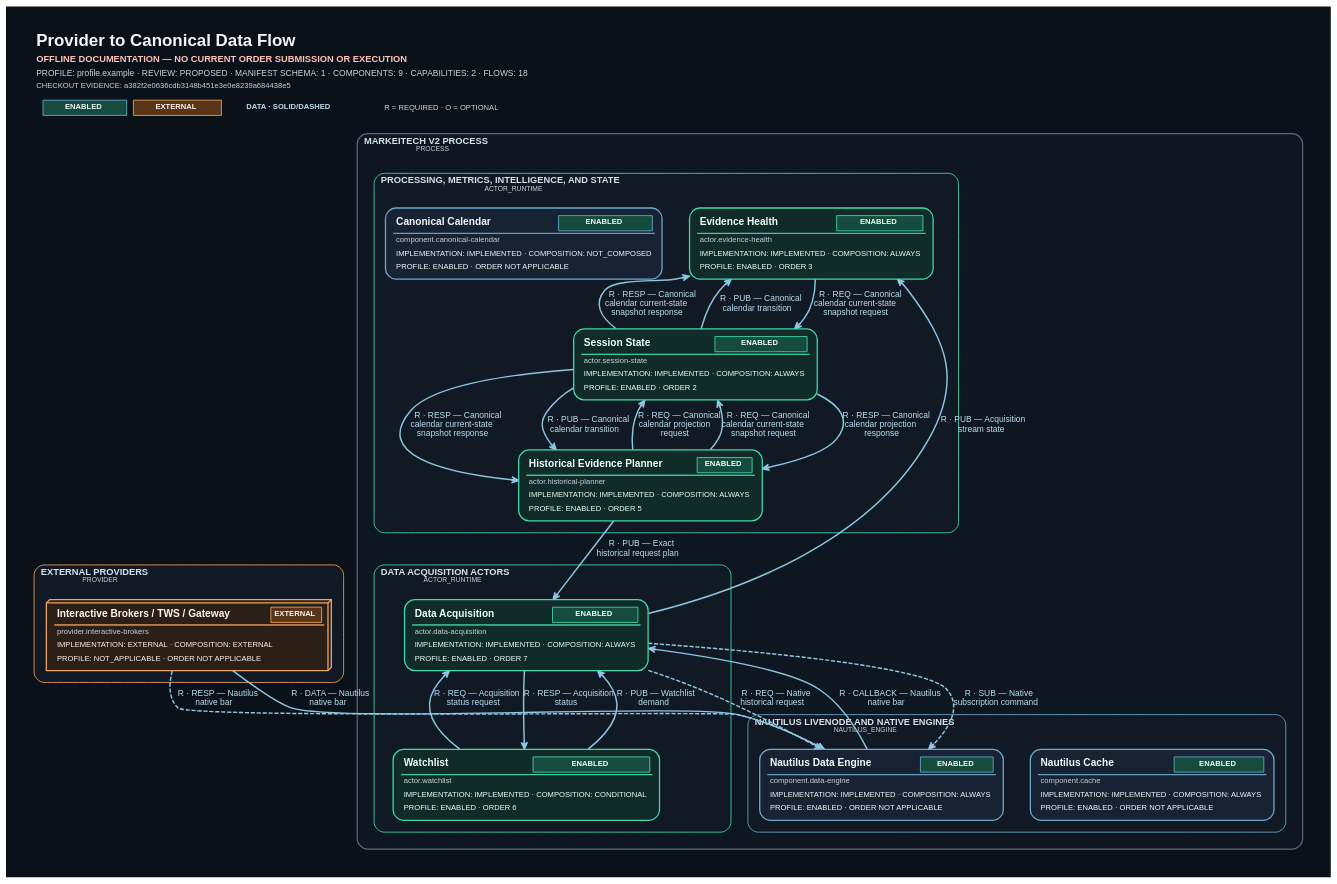
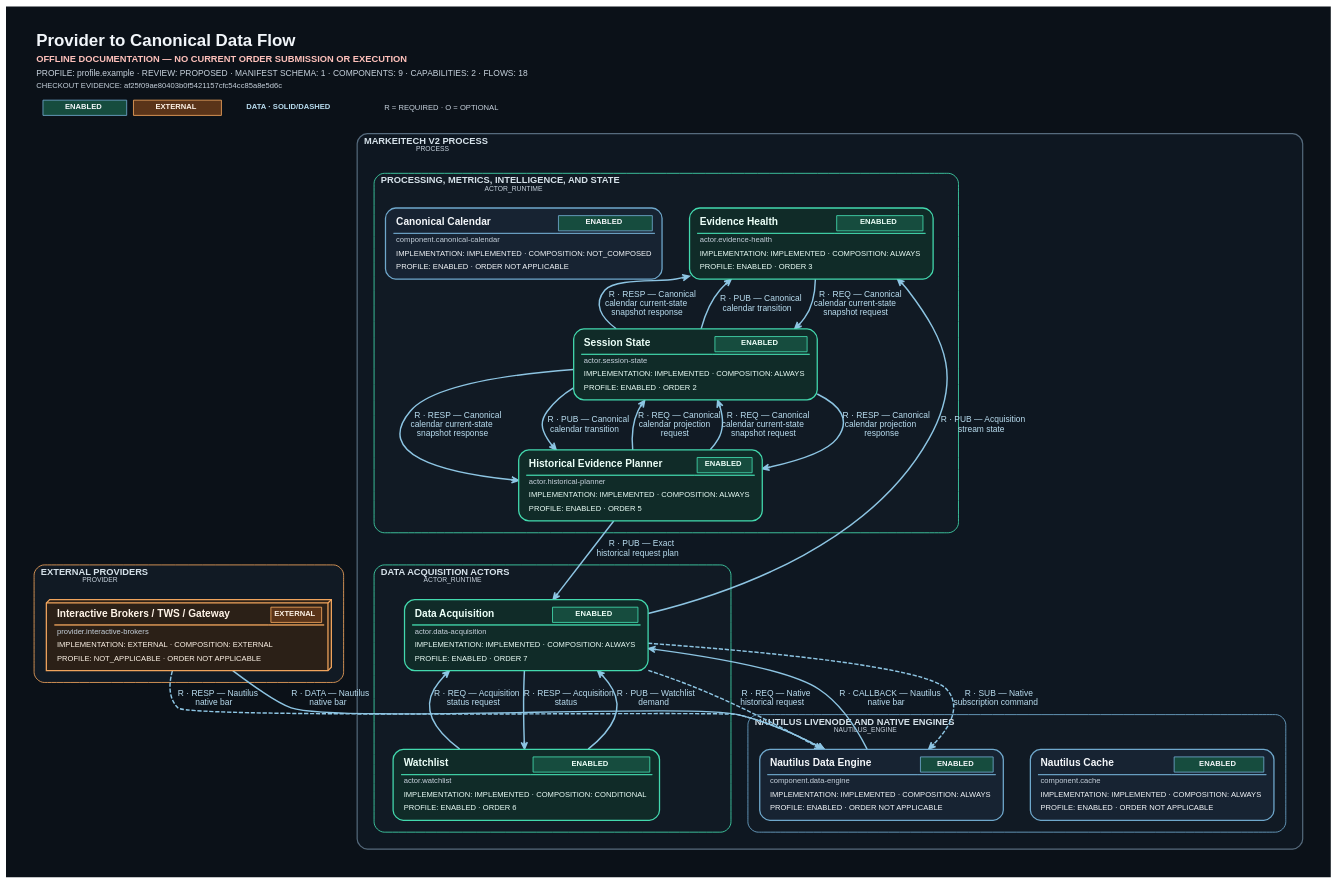
One commit to ShriekinNinja/Markeitech_V2 changed the diagram in tools/system-diagram/docs/generated/provider-canonical-data.dot. Above: the diagram before and after it, drawn with Graphviz. The commit also changed 30 other files, not shown here.

Commit message:
Refresh schema migration guidance and generated runtime documentation

```diff
--- a/tools/system-diagram/docs/generated/provider-canonical-data.dot
+++ b/tools/system-diagram/docs/generated/provider-canonical-data.dot
@@ -1,5 +1,5 @@
 digraph "Provider to Canonical Data Flow" {
-	graph [bgcolor="#0B1118" fontcolor="#F2F6FA" fontname=Helvetica fontsize=18 forcelabels=true label=<<TABLE BORDER="0" CELLBORDER="0" CELLSPACING="0" CELLPADDING="2"><TR><TD ALIGN="LEFT"><FONT COLOR="#F2F6FA" POINT-SIZE="20"><B>Provider to Canonical Data Flow</B></FONT></TD></TR><TR><TD ALIGN="LEFT"><FONT COLOR="#FFC1BB" POINT-SIZE="11"><B>OFFLINE DOCUMENTATION &#8212; NO CURRENT ORDER SUBMISSION OR EXECUTION</B></FONT></TD></TR><TR><TD ALIGN="LEFT"><FONT COLOR="#C7D2DD" POINT-SIZE="10">PROFILE: profile.example &#183; REVIEW: PROPOSED &#183; MANIFEST SCHEMA: 1 &#183; COMPONENTS: 9 &#183; CAPABILITIES: 2 &#183; FLOWS: 18</FONT></TD></TR><TR><TD ALIGN="LEFT"><FONT COLOR="#C7D2DD" POINT-SIZE="9">CHECKOUT EVIDENCE: a382f2e0636cdb3148b451e3e0e8239a684438e5</FONT></TD></TR><TR><TD ALIGN="LEFT"><TABLE BORDER="0" CELLBORDER="0" CELLSPACING="8" CELLPADDING="0"><TR><TD><TABLE BORDER="1" CELLBORDER="0" CELLSPACING="0" CELLPADDING="3" COLOR="#6FA8CC" BGCOLOR="#164C3E"><TR><TD><FONT COLOR="#F4F7FA" POINT-SIZE="9"><B>ENABLED</B></FONT></TD></TR></TABLE></TD><TD><TABLE BORDER="1" CELLBORDER="0" CELLSPACING="0" CELLPADDING="3" COLOR="#F0A45D" BGCOLOR="#5A3419"><TR><TD><FONT COLOR="#FFF4E8" POINT-SIZE="9"><B>EXTERNAL</B></FONT></TD></TR></TABLE></TD><TD><FONT COLOR="#B9DDF0" POINT-SIZE="9"><B>DATA · SOLID/DASHED</B></FONT></TD><TD><FONT COLOR="#C7D2DD" POINT-SIZE="9">R = REQUIRED &#183; O = OPTIONAL</FONT></TD></TR></TABLE></TD></TR></TABLE>> labeljust=l labelloc=t margin=0.15 nodesep=0.45 outputorder=edgesfirst overlap=false pack=true packmode="graph" pad=0.35 rankdir=TB ranksep=0.35 splines=spline]
+	graph [bgcolor="#0B1118" fontcolor="#F2F6FA" fontname=Helvetica fontsize=18 forcelabels=true label=<<TABLE BORDER="0" CELLBORDER="0" CELLSPACING="0" CELLPADDING="2"><TR><TD ALIGN="LEFT"><FONT COLOR="#F2F6FA" POINT-SIZE="20"><B>Provider to Canonical Data Flow</B></FONT></TD></TR><TR><TD ALIGN="LEFT"><FONT COLOR="#FFC1BB" POINT-SIZE="11"><B>OFFLINE DOCUMENTATION &#8212; NO CURRENT ORDER SUBMISSION OR EXECUTION</B></FONT></TD></TR><TR><TD ALIGN="LEFT"><FONT COLOR="#C7D2DD" POINT-SIZE="10">PROFILE: profile.example &#183; REVIEW: PROPOSED &#183; MANIFEST SCHEMA: 1 &#183; COMPONENTS: 9 &#183; CAPABILITIES: 2 &#183; FLOWS: 18</FONT></TD></TR><TR><TD ALIGN="LEFT"><FONT COLOR="#C7D2DD" POINT-SIZE="9">CHECKOUT EVIDENCE: af25f09ae80403b0f5421157cfc54cc85a8e5d6c</FONT></TD></TR><TR><TD ALIGN="LEFT"><TABLE BORDER="0" CELLBORDER="0" CELLSPACING="8" CELLPADDING="0"><TR><TD><TABLE BORDER="1" CELLBORDER="0" CELLSPACING="0" CELLPADDING="3" COLOR="#6FA8CC" BGCOLOR="#164C3E"><TR><TD><FONT COLOR="#F4F7FA" POINT-SIZE="9"><B>ENABLED</B></FONT></TD></TR></TABLE></TD><TD><TABLE BORDER="1" CELLBORDER="0" CELLSPACING="0" CELLPADDING="3" COLOR="#F0A45D" BGCOLOR="#5A3419"><TR><TD><FONT COLOR="#FFF4E8" POINT-SIZE="9"><B>EXTERNAL</B></FONT></TD></TR></TABLE></TD><TD><FONT COLOR="#B9DDF0" POINT-SIZE="9"><B>DATA · SOLID/DASHED</B></FONT></TD><TD><FONT COLOR="#C7D2DD" POINT-SIZE="9">R = REQUIRED &#183; O = OPTIONAL</FONT></TD></TR></TABLE></TD></TR></TABLE>> labeljust=l labelloc=t margin=0.15 nodesep=0.45 outputorder=edgesfirst overlap=false pack=true packmode="graph" pad=0.35 rankdir=TB ranksep=0.35 splines=spline]
 	node [fixedsize=false fontcolor="#F4F7FA" fontname=Helvetica fontsize=10 height=0.9 imagescale=true labelloc=b margin="0.12,0.08" shape=box style=rounded width=2.2]
 	edge [arrowsize=0.8 color="#8DC5E3" fontcolor="#B9DDF0" fontname=Helvetica fontsize=9]
 	subgraph "cluster_Markeitech V2 process" {
```
